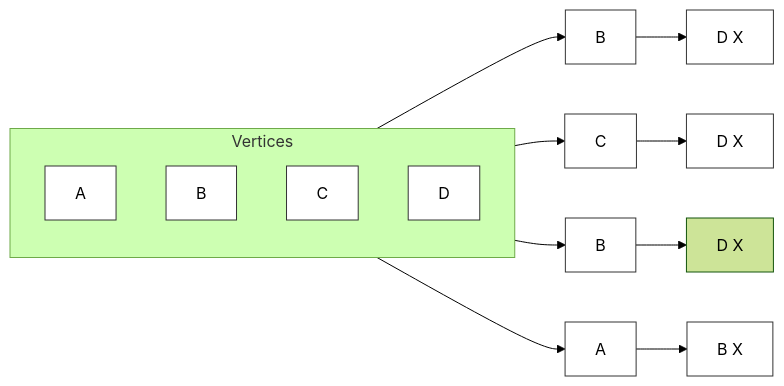
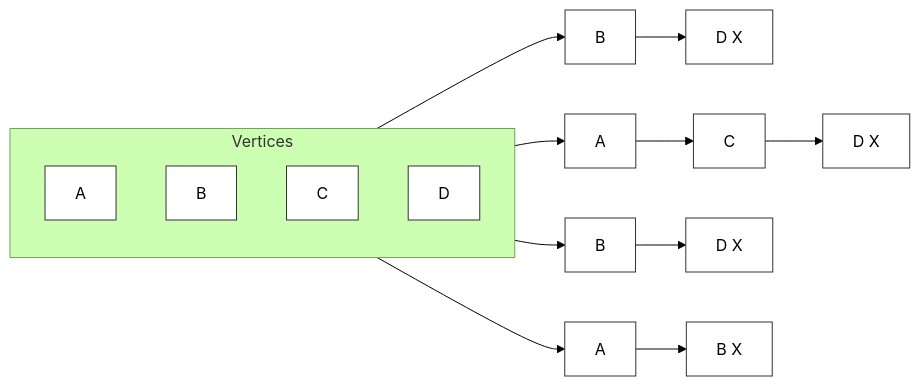
One commit to emahshie/csc223 changed the second of 2 diagrams in presentations/graph.md. Above: the diagram before and after it, drawn with Mermaid (forest theme). The commit also changed other lines of this file, not shown here.

````diff
--- a/presentations/graph.md
+++ b/presentations/graph.md
@@ -3,19 +25,18 @@
 ```mermaid
 graph LR
     subgraph Array [Vertices]
         direction TB
         A_root[A]
         B_root[B]
         C_root[C]
         D_root[D]
     end
 
     A_root --> A1[B] --> A2[D X]
-    B_root --> B1[C] --> B2[D X]
-    C_root --> C1[B] --> C2[D X]
+    B_root --> B1[A] --> B2[C] --> B3[D X]
+    C_root --> C1[B] -->C2[D X]
     D_root --> D1[A] --> D2[B X]
 
-    %% Styling to make it look like sharp data blocks
     classDef nodeStyle fill:#fff,stroke:#333,shape:rect
-    class A_root,B_root,C_root,D_root,A1,A2,B1,B2,C1,D1,D2 nodeStyle
+    class A_root,B_root,C_root,D_root,A1,A2,B1,B2,C1,D1,D2,C2,B3 nodeStyle
 ```
````
